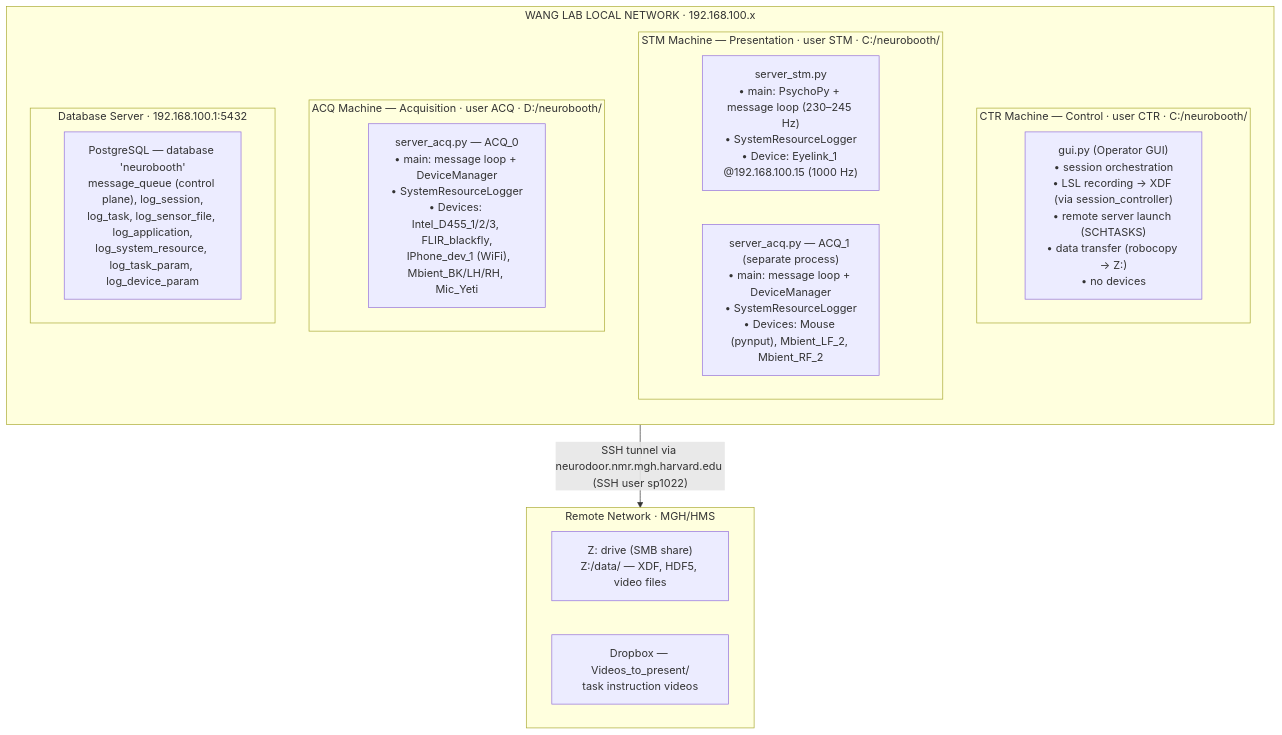
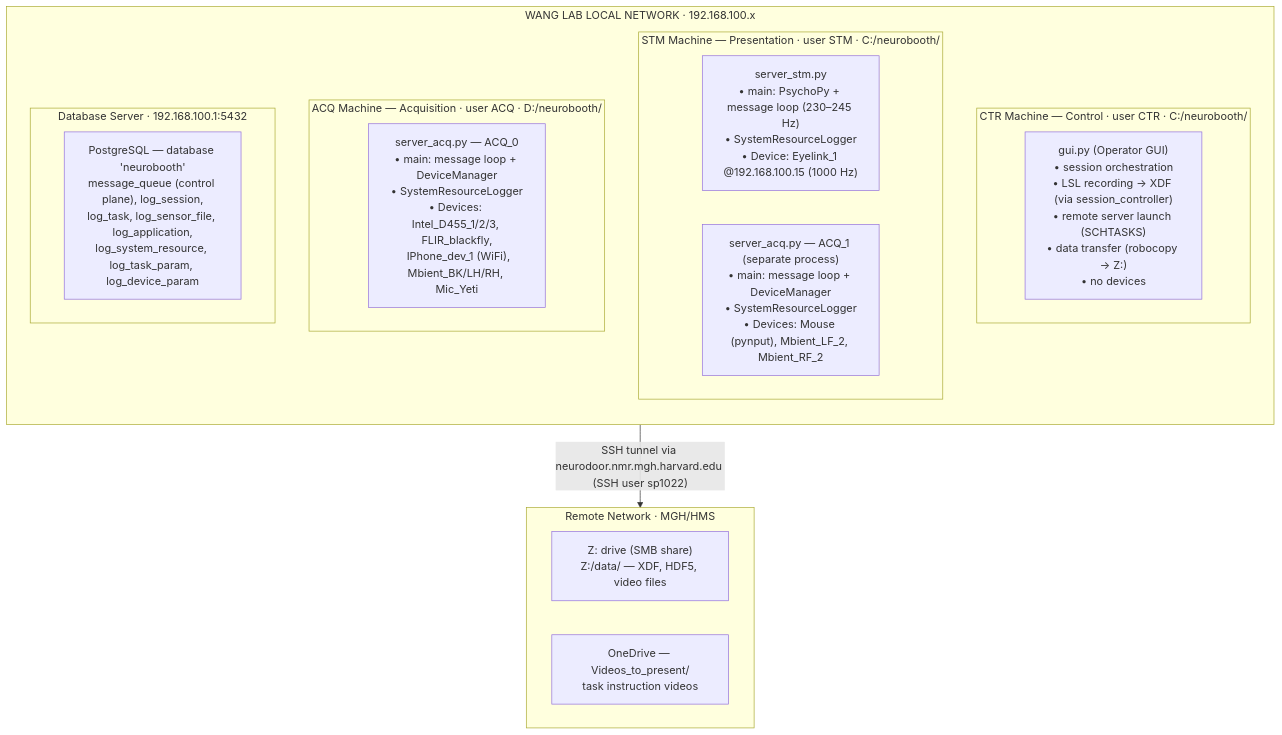
One commit to neurobooth/neurobooth-os changed the diagram in docs/arch/wang_system_diagram.md. Above: the diagram before and after it, drawn with Mermaid.

Commit message:
Relabel the video task directory as OneDrive in the Wang system diagram (#855)
Follows the configs repo migrating video_task_dir off Dropbox to OneDrive.

````diff
--- a/docs/arch/wang_system_diagram.md
+++ b/docs/arch/wang_system_diagram.md
@@ -5,30 +5,30 @@
 ```mermaid
 flowchart TB
     subgraph WANG["WANG LAB LOCAL NETWORK · 192.168.100.x"]
         direction TB
 
         subgraph CTR["CTR Machine — Control · user CTR · C:/neurobooth/"]
             CTRp["gui.py (Operator GUI)<br/>• session orchestration<br/>• LSL recording → XDF (via session_controller)<br/>• remote server launch (SCHTASKS)<br/>• data transfer (robocopy → Z:)<br/>• no devices"]
         end
 
         subgraph STM["STM Machine — Presentation · user STM · C:/neurobooth/"]
             STMp["server_stm.py<br/>• main: PsychoPy + message loop (230–245 Hz)<br/>• SystemResourceLogger<br/>• Device: Eyelink_1 @192.168.100.15 (1000 Hz)"]
             STMa["server_acq.py — ACQ_1 (separate process)<br/>• main: message loop + DeviceManager<br/>• SystemResourceLogger<br/>• Devices: Mouse (pynput), Mbient_LF_2, Mbient_RF_2"]
         end
 
         subgraph ACQ["ACQ Machine — Acquisition · user ACQ · D:/neurobooth/"]
             ACQp["server_acq.py — ACQ_0<br/>• main: message loop + DeviceManager<br/>• SystemResourceLogger<br/>• Devices: Intel_D455_1/2/3, FLIR_blackfly,<br/>&nbsp;&nbsp;IPhone_dev_1 (WiFi), Mbient_BK/LH/RH, Mic_Yeti"]
         end
 
         subgraph DB["Database Server · 192.168.100.1:5432"]
             DBt["PostgreSQL — database 'neurobooth'<br/>message_queue (control plane), log_session,<br/>log_task, log_sensor_file, log_application,<br/>log_system_resource, log_task_param, log_device_param"]
         end
     end
 
     subgraph REMOTE["Remote Network · MGH/HMS"]
         Z["Z: drive (SMB share)<br/>Z:/data/ — XDF, HDF5, video files"]
-        DROP["Dropbox — Videos_to_present/<br/>task instruction videos"]
+        DROP["OneDrive — Videos_to_present/<br/>task instruction videos"]
     end
 
     WANG -- "SSH tunnel via neurodoor.nmr.mgh.harvard.edu (SSH user sp1022)" --> REMOTE
 ```
````
